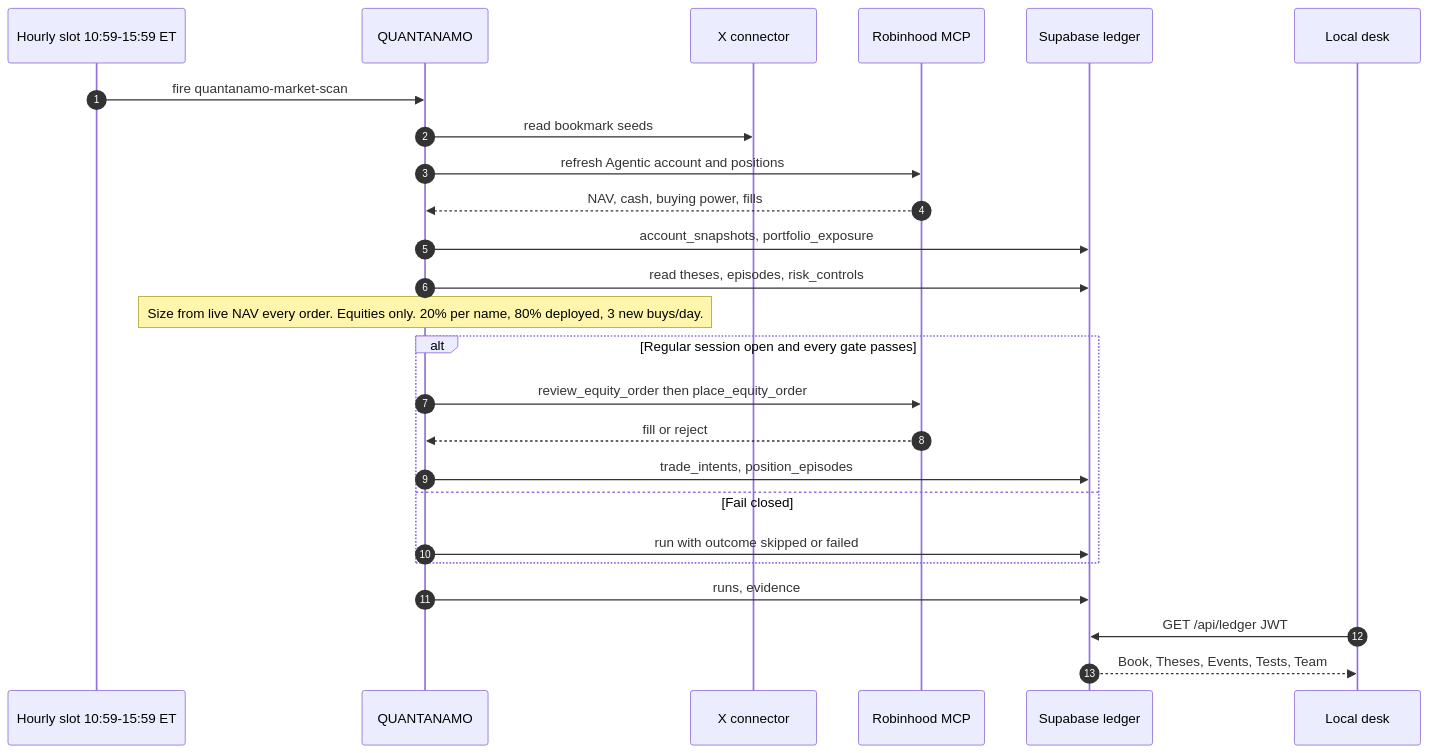
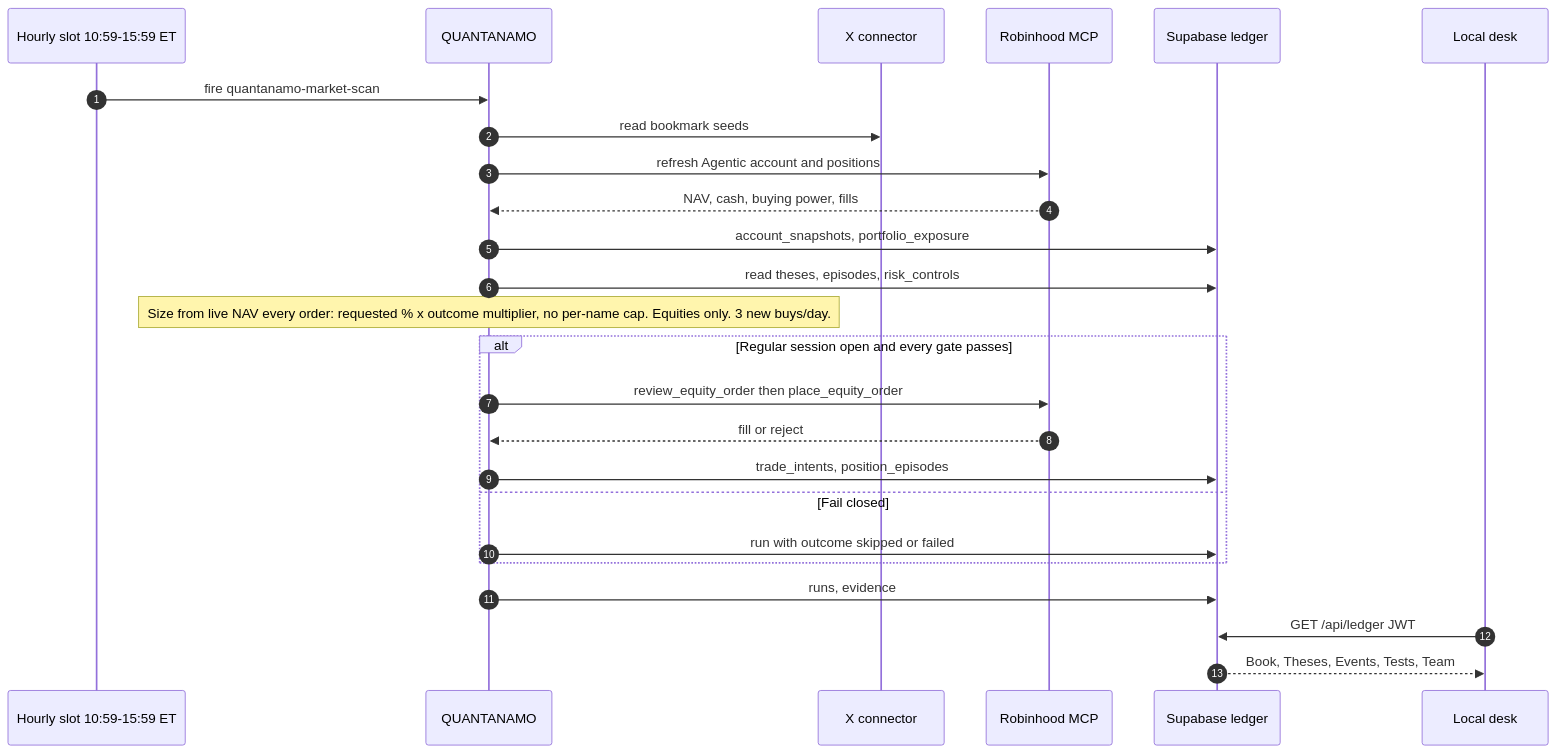
One commit to dwallach1/grasshopper changed the second of 3 diagrams in README.md. Above: the diagram before and after it, drawn with Mermaid. The commit also changed other lines of this file and 20 other files, not shown here.

First line of the commit message:
Size follows results: remove per-position cap and % rails (PR 4) (#86)

````diff
--- a/README.md
+++ b/README.md
@@ -73,28 +73,28 @@
 ```mermaid
 sequenceDiagram
   autonumber
   participant Slot as Hourly slot 10:59-15:59 ET
   participant Bot as QUANTANAMO
   participant X as X connector
   participant RH as Robinhood MCP
   participant DB as Supabase ledger
   participant Desk as Local desk
 
   Slot->>Bot: fire quantanamo-market-scan
   Bot->>X: read bookmark seeds
   Bot->>RH: refresh Agentic account and positions
   RH-->>Bot: NAV, cash, buying power, fills
   Bot->>DB: account_snapshots, portfolio_exposure
   Bot->>DB: read theses, episodes, risk_controls
-  Note over Bot: Size from live NAV every order. Equities only. 20% per name, 80% deployed, 3 new buys/day.
+  Note over Bot: Size from live NAV every order: requested % x outcome multiplier, no per-name cap. Equities only. 3 new buys/day.
   alt Regular session open and every gate passes
     Bot->>RH: review_equity_order then place_equity_order
     RH-->>Bot: fill or reject
     Bot->>DB: trade_intents, position_episodes
   else Fail closed
     Bot->>DB: run with outcome skipped or failed
   end
   Bot->>DB: runs, evidence
   Desk->>DB: GET /api/ledger JWT
   DB-->>Desk: Book, Theses, Events, Tests, Team
 ```
````
